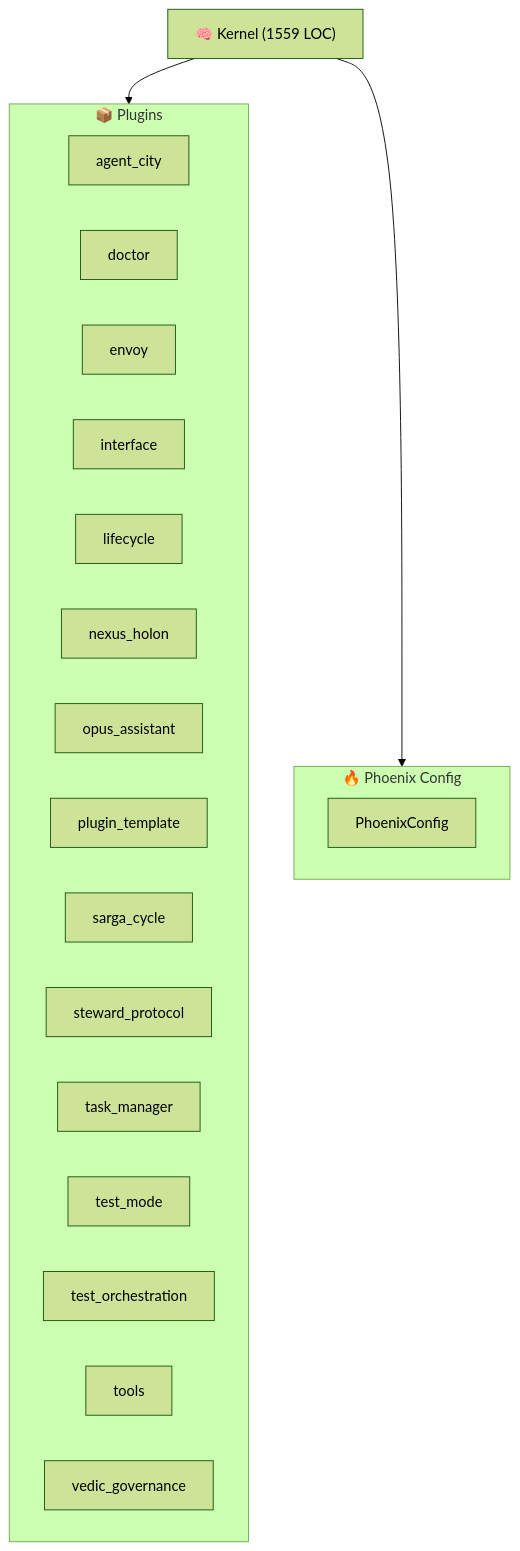
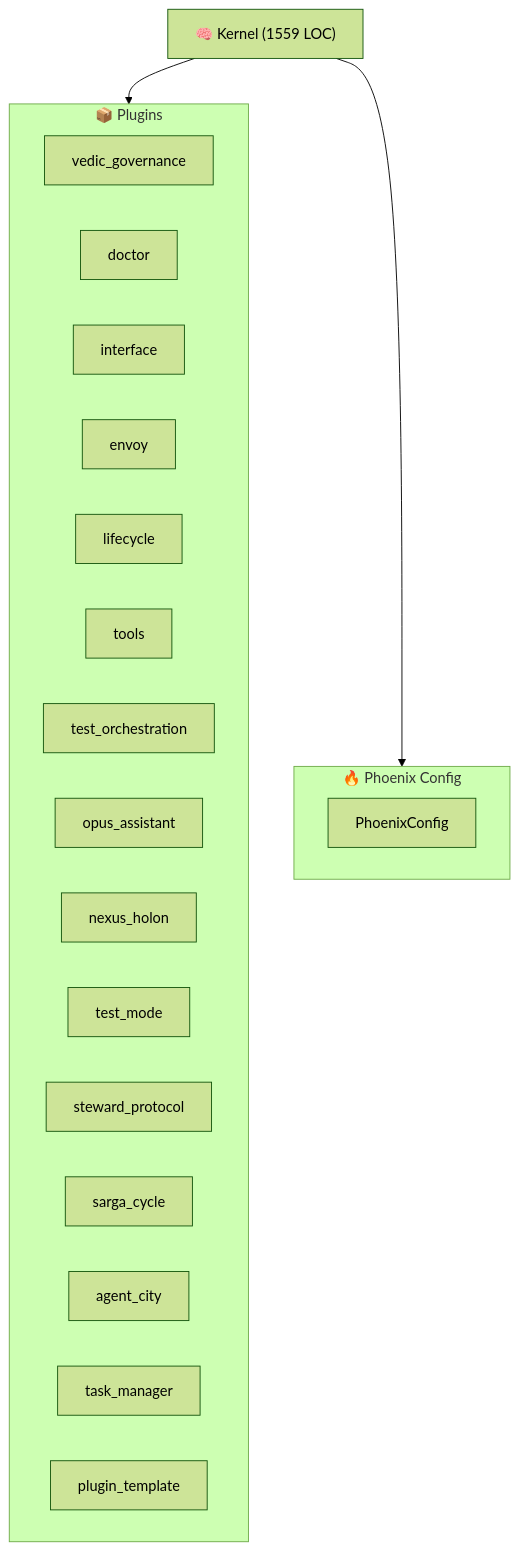
Before and after one commit to kimeisele/steward-protocol: the diagram in ARCHITECTURE.md, drawn with Mermaid (forest theme). The commit also changed other lines of this file and 14 other files, not shown here.

````diff
--- a/ARCHITECTURE.md
+++ b/ARCHITECTURE.md
@@ -8,26 +8,26 @@
 ```mermaid
 graph TB
     K["🧠 Kernel (1559 LOC)"]
     subgraph Plugins["📦 Plugins"]
+        P_vedic_governance["vedic_governance"]
+        P_doctor["doctor"]
+        P_interface["interface"]
+        P_envoy["envoy"]
+        P_lifecycle["lifecycle"]
+        P_tools["tools"]
+        P_test_orchestration["test_orchestration"]
+        P_opus_assistant["opus_assistant"]
+        P_nexus_holon["nexus_holon"]
+        P_test_mode["test_mode"]
+        P_steward_protocol["steward_protocol"]
+        P_sarga_cycle["sarga_cycle"]
         P_agent_city["agent_city"]
-        P_doctor["doctor"]
-        P_envoy["envoy"]
-        P_interface["interface"]
-        P_lifecycle["lifecycle"]
-        P_nexus_holon["nexus_holon"]
-        P_opus_assistant["opus_assistant"]
+        P_task_manager["task_manager"]
         P_plugin_template["plugin_template"]
-        P_sarga_cycle["sarga_cycle"]
-        P_steward_protocol["steward_protocol"]
-        P_task_manager["task_manager"]
-        P_test_mode["test_mode"]
-        P_test_orchestration["test_orchestration"]
-        P_tools["tools"]
-        P_vedic_governance["vedic_governance"]
     end
     K --> Plugins
     subgraph Config["🔥 Phoenix Config"]
         PC[PhoenixConfig]
     end
     K --> Config
 ```
````
